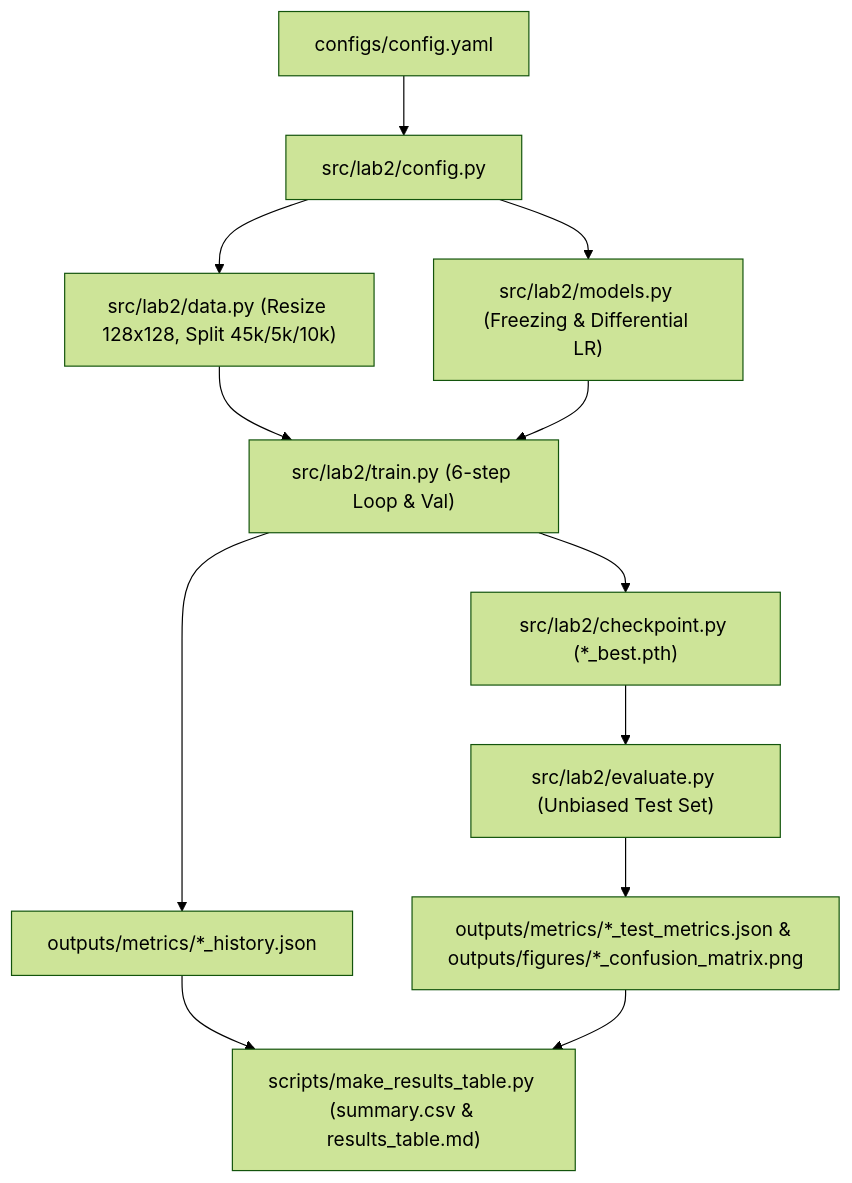
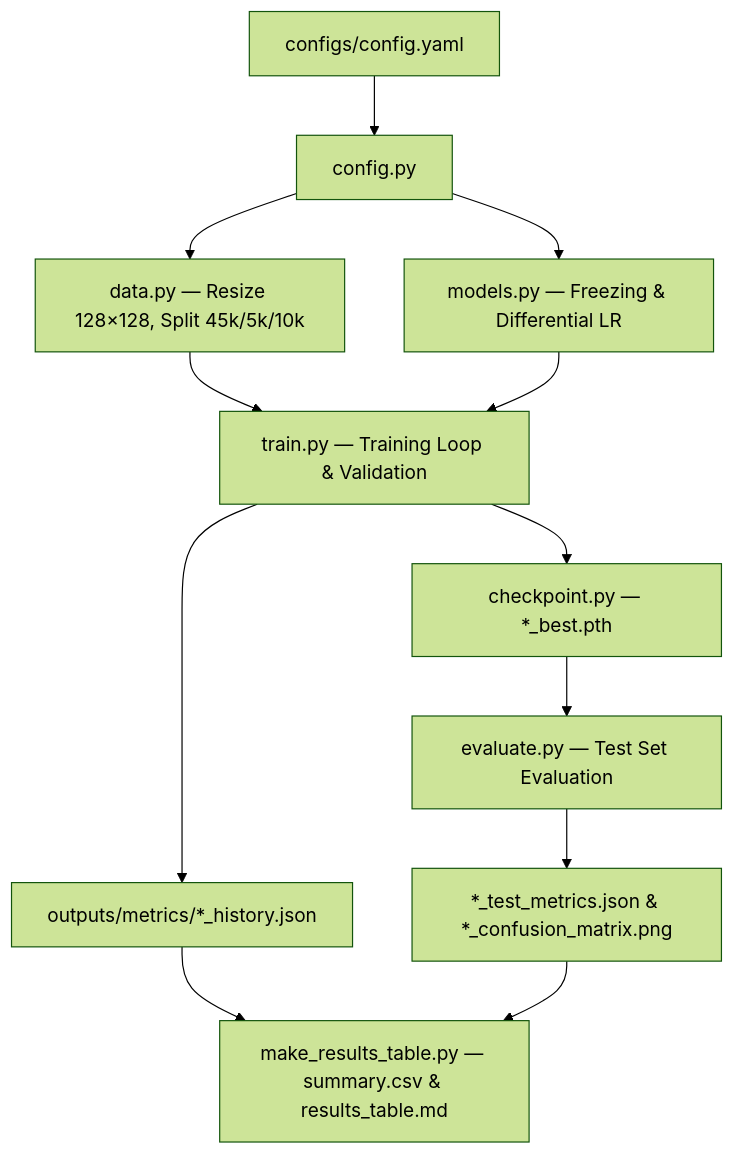
Before and after one commit to khanhlinh616/DL_Lab2_Nhom1: the diagram in README.md, drawn with Mermaid (forest theme). The commit also changed other lines of this file, not shown here.

````diff
--- a/README.md
+++ b/README.md
@@ -25,11 +39,12 @@
 ```mermaid
 flowchart TD
-    A["configs/config.yaml"] --> B["src/lab2/config.py"]
-    B --> C["src/lab2/data.py (Resize 128x128, Split 45k/5k/10k)"]
-    B --> D["src/lab2/models.py (Freezing & Differential LR)"]
-    C & D --> E["src/lab2/train.py (6-step Loop & Val)"]
-    E --> F["src/lab2/checkpoint.py (*_best.pth)"] & G["outputs/metrics/*_history.json"]
-    F --> H["src/lab2/evaluate.py (Unbiased Test Set)"]
-    H --> I["outputs/metrics/*_test_metrics.json & outputs/figures/*_confusion_matrix.png"]
-    G & I --> J["scripts/make_results_table.py (summary.csv & results_table.md)"]
+    A["configs/config.yaml"] --> B["config.py"]
+    B --> C["data.py — Resize 128×128, Split 45k/5k/10k"]
+    B --> D["models.py — Freezing & Differential LR"]
+    C & D --> E["train.py — Training Loop & Validation"]
+    E --> F["checkpoint.py — *_best.pth"]
+    E --> G["outputs/metrics/*_history.json"]
+    F --> H["evaluate.py — Test Set Evaluation"]
+    H --> I["*_test_metrics.json & *_confusion_matrix.png"]
+    G & I --> J["make_results_table.py — summary.csv & results_table.md"]
 ```
````
